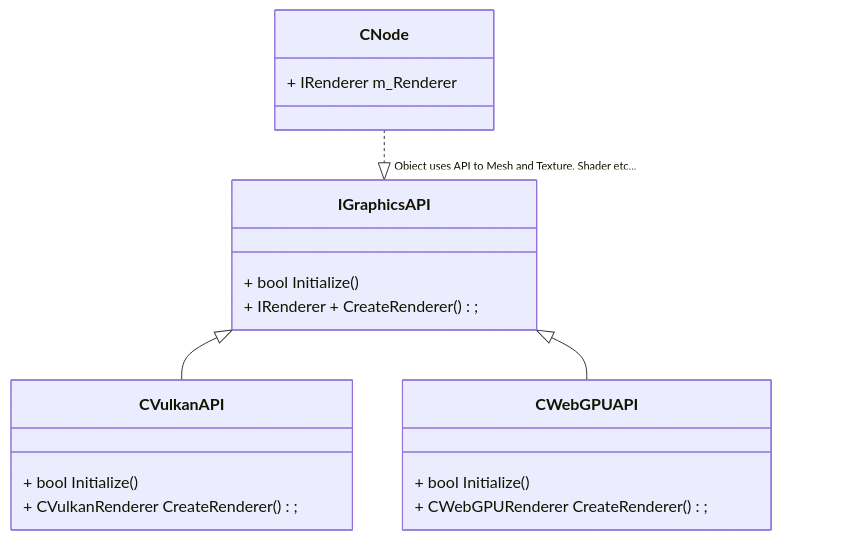
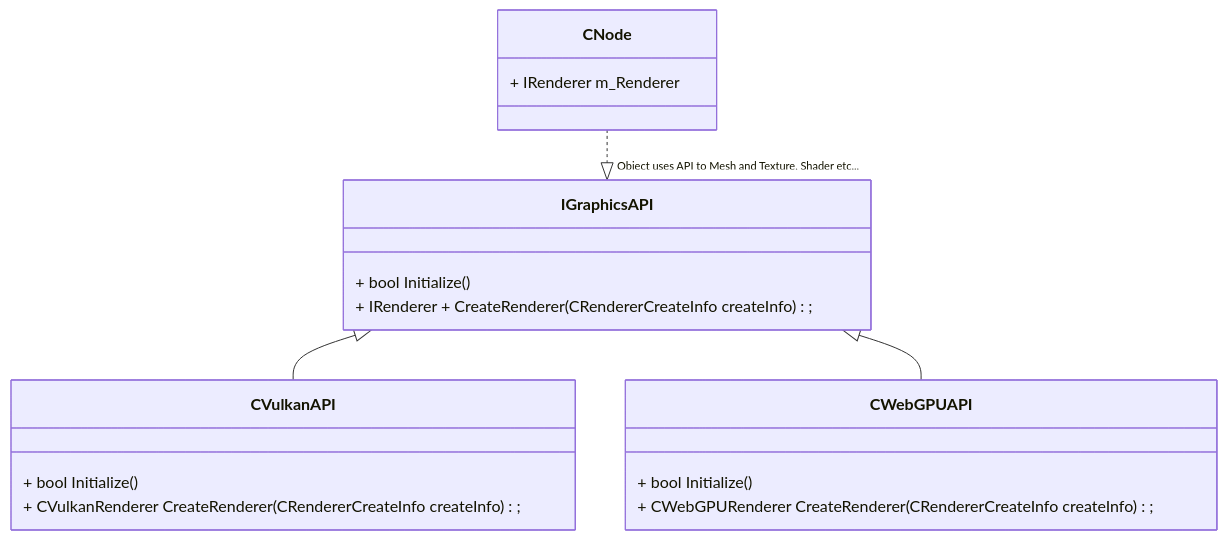
The diagram in Garnet/UML/GraphicsStructure.md (HaruoOgawa/Garnet), drawn with Mermaid before and after one commit.

````diff
--- a/Garnet/UML/GraphicsStructure.md
+++ b/Garnet/UML/GraphicsStructure.md
@@ -1,28 +1,28 @@
 ```mermaid
 classDiagram
   class CNode{
     + IRenderer m_Renderer
   }
 
   class IGraphicsAPI{
     + bool Initialize()
-    + IRenderer + CreateRenderer();
+    + IRenderer + CreateRenderer(CRendererCreateInfo createInfo);
   }
   
   CNode ..|> "Object uses API to Mesh and Texture, Shader etc..." IGraphicsAPI
 
   class CVulkanAPI{
     + bool Initialize()
-    + CVulkanRenderer CreateRenderer();
+    + CVulkanRenderer CreateRenderer(CRendererCreateInfo createInfo);
   }
   
   IGraphicsAPI <|-- CVulkanAPI
   
   class CWebGPUAPI{
     + bool Initialize()
-    + CWebGPURenderer CreateRenderer();
+    + CWebGPURenderer CreateRenderer(CRendererCreateInfo createInfo);
   }
   
   IGraphicsAPI <|-- CWebGPUAPI
 
 ```
````
